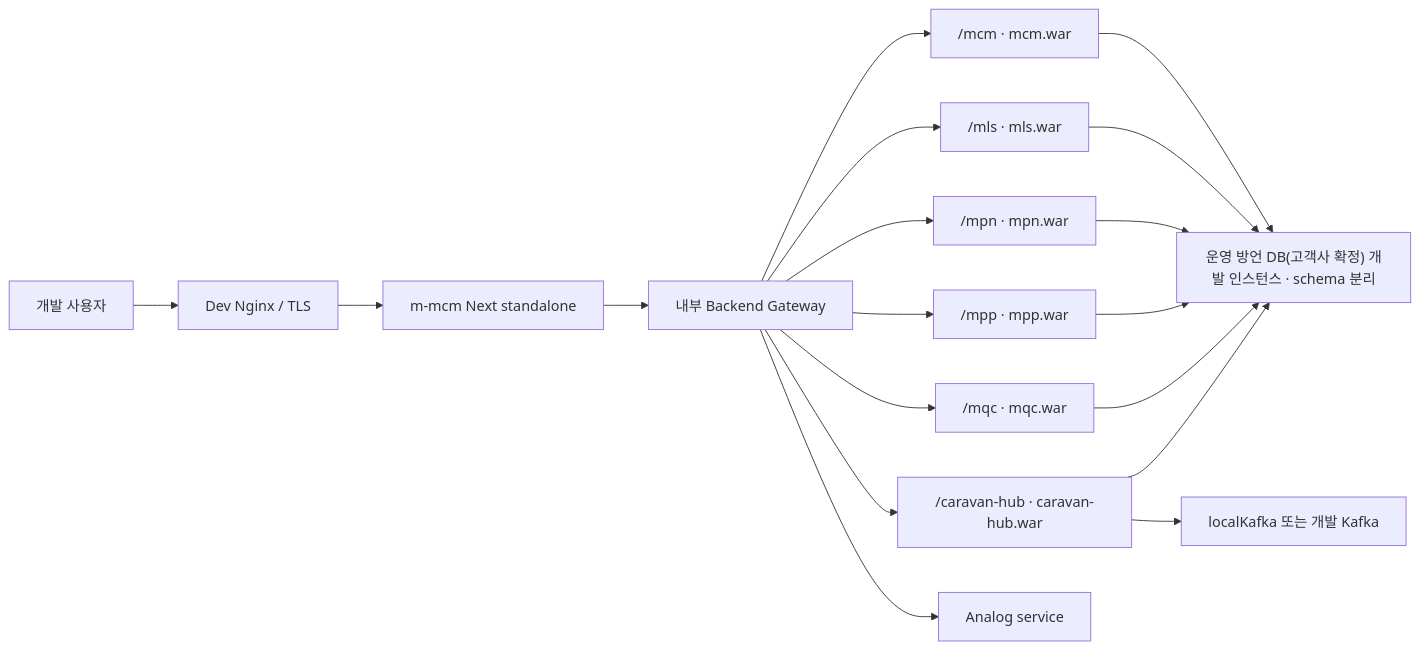
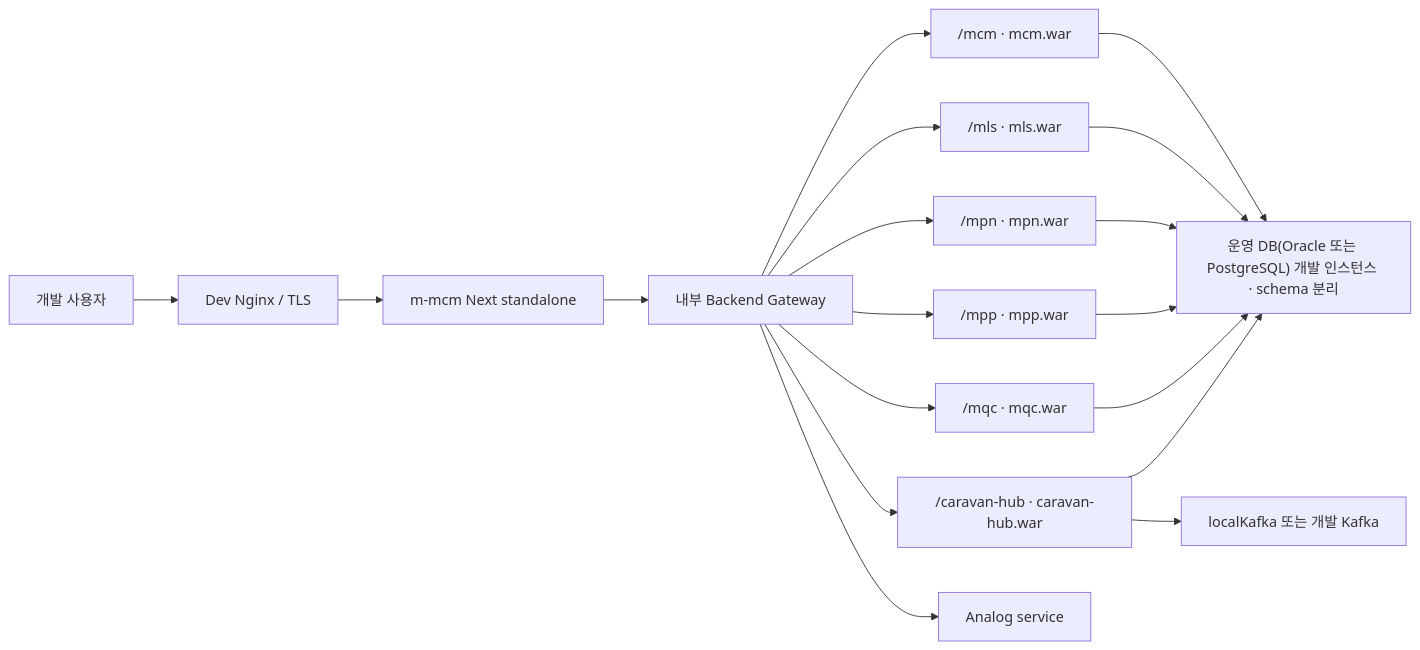
Before and after one commit to jongik-sv/dmes-standard: the first of 2 diagrams in docs/guide/Operations/DMES-Deployment-Guide.md, drawn with Mermaid. The commit also changed other lines of this file and 25 other files, not shown here.

First line of the commit message:
docs(db): 운영 DB 후보를 Oracle·PostgreSQL 로 좁히고 MSSQL 은 거의 쓰지 않음으로 내린다

````diff
--- a/docs/guide/Operations/DMES-Deployment-Guide.md
+++ b/docs/guide/Operations/DMES-Deployment-Guide.md
@@ -286,20 +288,20 @@
 ```mermaid
 flowchart LR
     U["개발 사용자"] --> RP["Dev Nginx / TLS"]
     RP --> P["m-mcm Next standalone"]
     P --> GW["내부 Backend Gateway"]
     GW --> MCM["/mcm · mcm.war"]
     GW --> MLS["/mls · mls.war"]
     GW --> MPN["/mpn · mpn.war"]
     GW --> MPP["/mpp · mpp.war"]
     GW --> MQC["/mqc · mqc.war"]
     GW --> HUB["/caravan-hub · caravan-hub.war"]
     GW --> ANA["Analog service"]
-    MCM --> DB["운영 방언 DB(고객사 확정) 개발 인스턴스 · schema 분리"]
+    MCM --> DB["운영 DB(Oracle 또는 PostgreSQL) 개발 인스턴스 · schema 분리"]
     MLS --> DB
     MPN --> DB
     MPP --> DB
     MQC --> DB
     HUB --> DB
     HUB --> K["localKafka 또는 개발 Kafka"]
 ```
````
